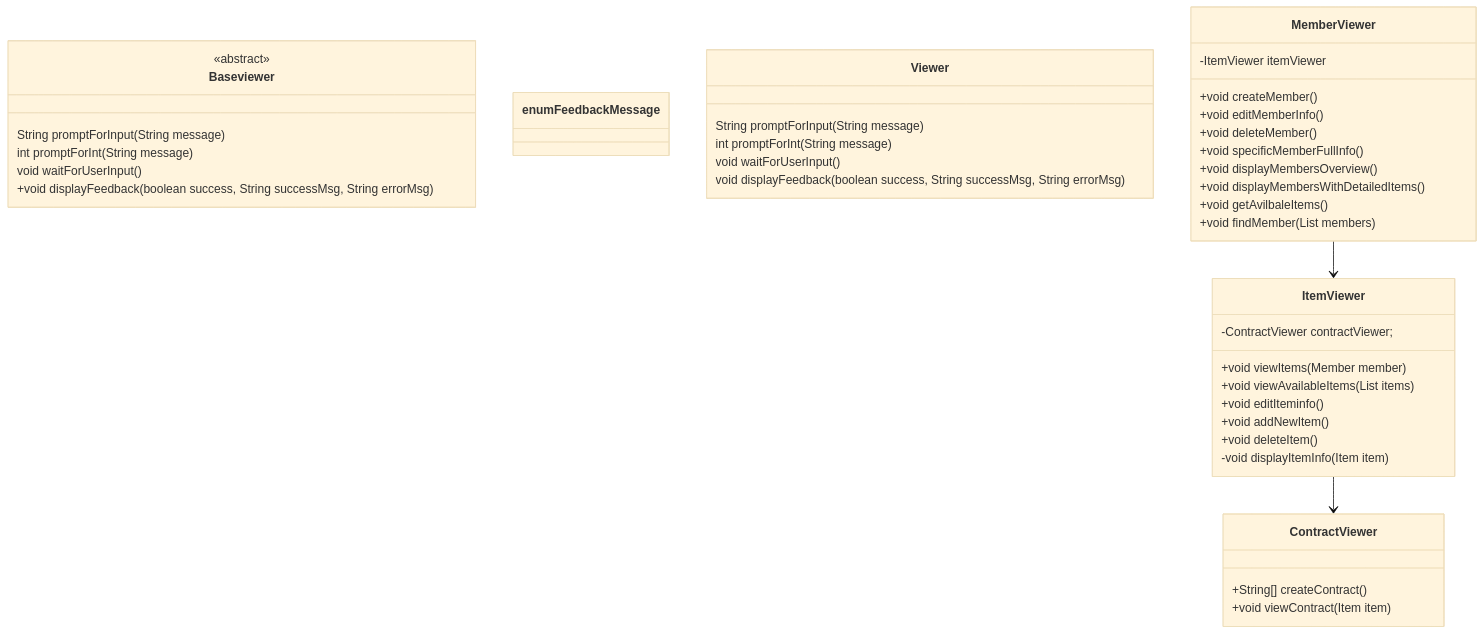
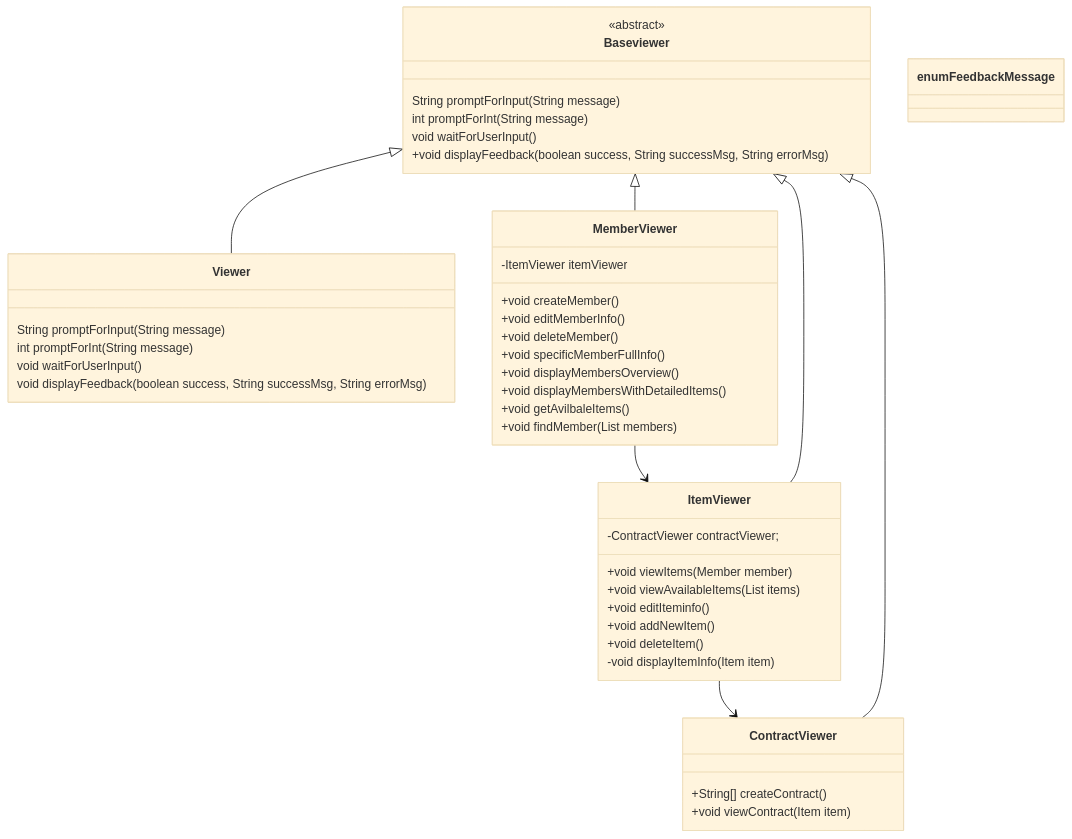
One commit to ashkar99/Stuff-Lending-System changed the fourth of 5 diagrams in design.md. Above: the diagram before and after it, drawn with Mermaid (base theme).

Commit message:
Update file design.md

````diff
--- a/design.md
+++ b/design.md
@@ -320,51 +320,55 @@
 ```mermaid
 classDiagram
     class Baseviewer {
         <<abstract>>
         String promptForInput(String message)
         int promptForInt(String message)
         void waitForUserInput()
         +void displayFeedback(boolean success, String successMsg, String errorMsg)
     }
 
     class enum FeedbackMessage {
 
     }
     class Viewer {
         String promptForInput(String message)
         int promptForInt(String message)
         void waitForUserInput()
         void displayFeedback(boolean success, String successMsg, String errorMsg)
     }
     class MemberViewer {
         -ItemViewer itemViewer
         +void createMember()
         +void editMemberInfo()
         +void deleteMember()
         +void specificMemberFullInfo()
         +void displayMembersOverview()
         +void displayMembersWithDetailedItems()
         +void getAvilbaleItems()
         +void findMember(List<Member> members)
     }
 
     class ItemViewer {
         -ContractViewer contractViewer;
         +void viewItems(Member member)
         +void viewAvailableItems(List<Item> items)
         +void editIteminfo()
         +void addNewItem()
         +void deleteItem()
         -void displayItemInfo(Item item)
     }
 
     class ContractViewer {
         +String[] createContract()
         +void viewContract(Item item)
 
     }
     MemberViewer  -->  ItemViewer
     ItemViewer  --> ContractViewer
+    Baseviewer <|-- Viewer
+    Baseviewer <|-- ItemViewer
+    Baseviewer <|-- ContractViewer
+    Baseviewer <|-- MemberViewer
 
    
 ```
````
